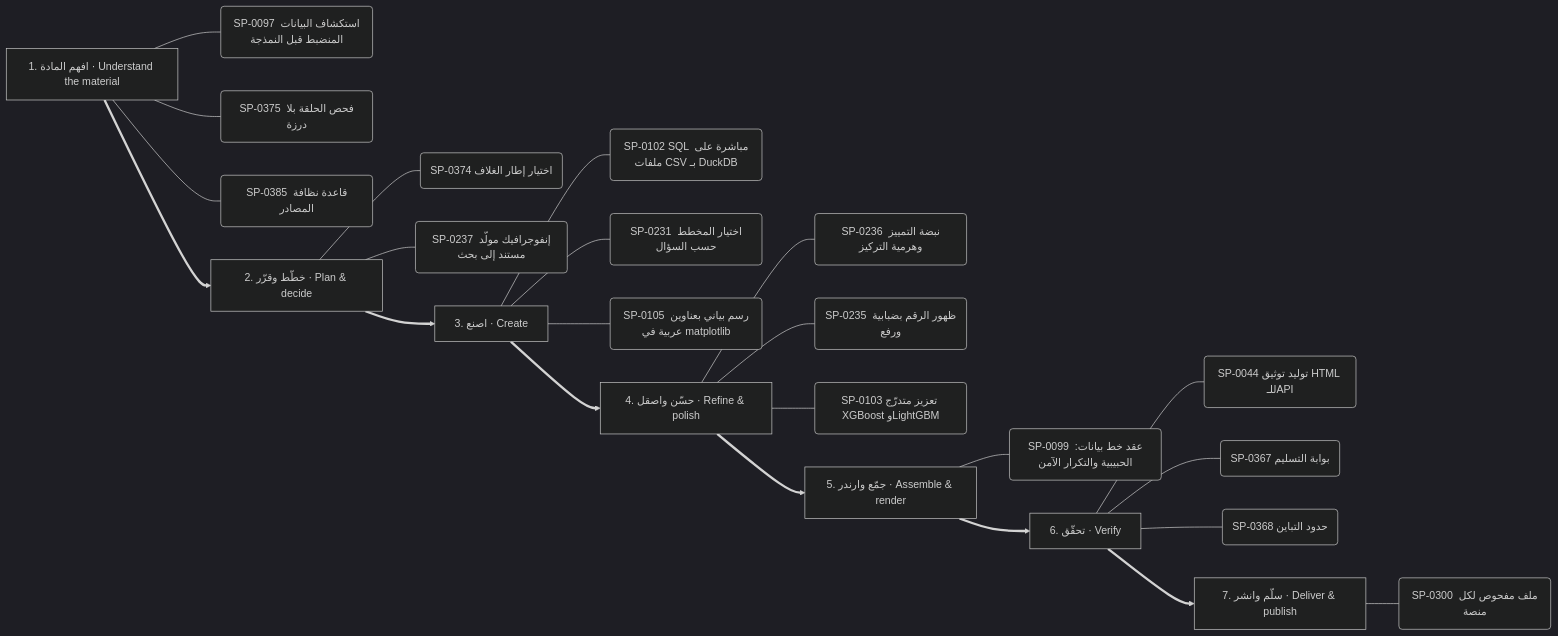
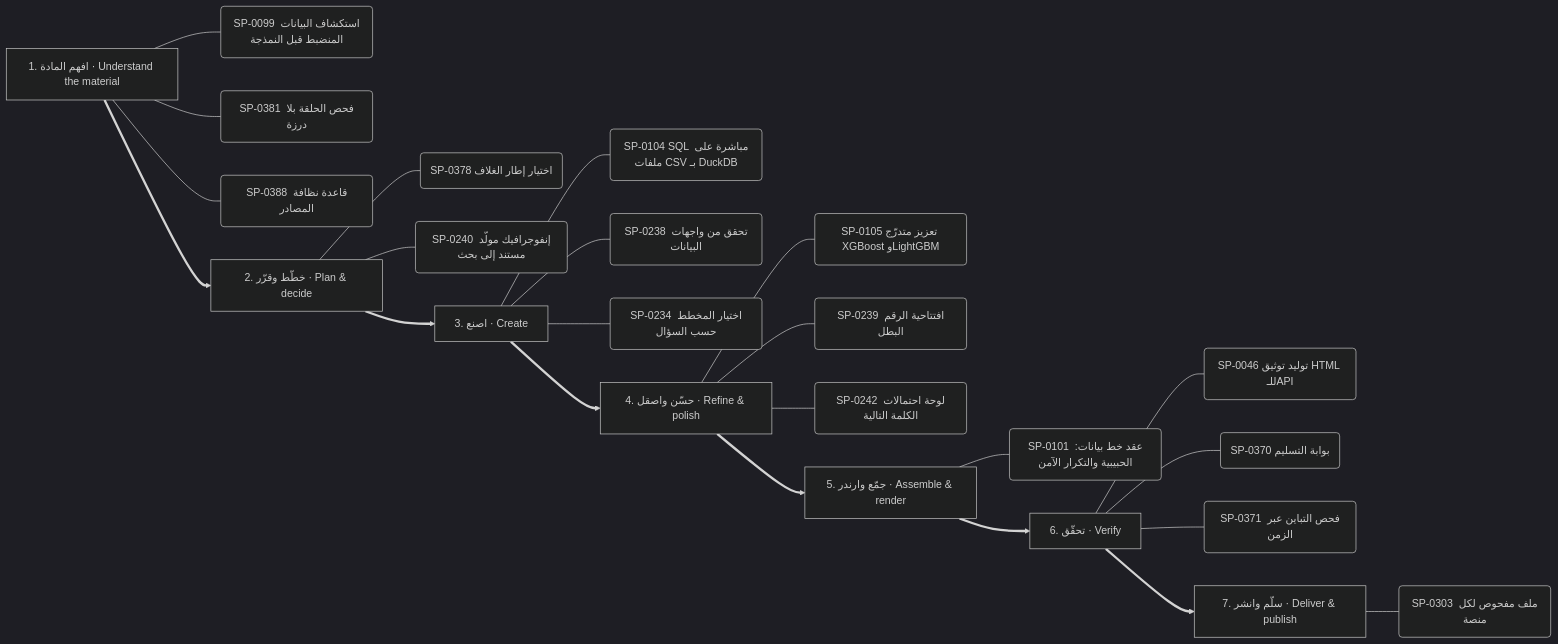
Diagram 12 of 13 in .claude/skills/kosif-superpowers/references/capability-mindmap.md (kosif199022-jpg/kosif-tool), drawn with Mermaid (dark theme) before and after one commit. The commit also changed other lines of this file and 153 other files, not shown here.

````diff
--- a/.claude/skills/kosif-superpowers/references/capability-mindmap.md
+++ b/.claude/skills/kosif-superpowers/references/capability-mindmap.md
@@ -603,32 +598,32 @@
 ```mermaid
 flowchart LR
   S0["1. افهم المادة · Understand the material"]
-  S0 --- S0_0("SP-0097 استكشاف البيانات المنضبط قبل النمذجة")
-  S0 --- S0_1("SP-0375 فحص الحلقة بلا درزة")
-  S0 --- S0_2("SP-0385 قاعدة نظافة المصادر")
+  S0 --- S0_0("SP-0099 استكشاف البيانات المنضبط قبل النمذجة")
+  S0 --- S0_1("SP-0381 فحص الحلقة بلا درزة")
+  S0 --- S0_2("SP-0388 قاعدة نظافة المصادر")
   S1["2. خطّط وقرّر · Plan & decide"]
-  S1 --- S1_0("SP-0374 اختيار إطار الغلاف")
-  S1 --- S1_1("SP-0237 إنفوجرافيك مولَّد مستند إلى بحث")
+  S1 --- S1_0("SP-0378 اختيار إطار الغلاف")
+  S1 --- S1_1("SP-0240 إنفوجرافيك مولَّد مستند إلى بحث")
   S0 ==> S1
   S2["3. اصنع · Create"]
-  S2 --- S2_0("SP-0102 SQL مباشرة على ملفات CSV بـ DuckDB")
-  S2 --- S2_1("SP-0231 اختيار المخطط حسب السؤال")
-  S2 --- S2_2("SP-0105 رسم بياني بعناوين عربية في matplotlib")
+  S2 --- S2_0("SP-0104 SQL مباشرة على ملفات CSV بـ DuckDB")
+  S2 --- S2_1("SP-0238 تحقق من واجهات البيانات")
+  S2 --- S2_2("SP-0234 اختيار المخطط حسب السؤال")
   S1 ==> S2
   S3["4. حسّن واصقل · Refine & polish"]
-  S3 --- S3_0("SP-0236 نبضة التمييز وهرمية التركيز")
-  S3 --- S3_1("SP-0235 ظهور الرقم بضبابية ورفع")
-  S3 --- S3_2("SP-0103 تعزيز متدرّج XGBoost وLightGBM")
+  S3 --- S3_0("SP-0105 تعزيز متدرّج XGBoost وLightGBM")
+  S3 --- S3_1("SP-0239 افتتاحية الرقم البطل")
+  S3 --- S3_2("SP-0242 لوحة احتمالات الكلمة التالية")
   S2 ==> S3
   S4["5. جمّع وارندر · Assemble & render"]
-  S4 --- S4_0("SP-0099 عقد خط بيانات: الحبيبية والتكرار الآمن")
+  S4 --- S4_0("SP-0101 عقد خط بيانات: الحبيبية والتكرار الآمن")
   S3 ==> S4
   S5["6. تحقّق · Verify"]
-  S5 --- S5_0("SP-0044 توليد توثيق HTML للـAPI")
-  S5 --- S5_1("SP-0367 بوابة التسليم")
-  S5 --- S5_2("SP-0368 حدود التباين")
+  S5 --- S5_0("SP-0046 توليد توثيق HTML للـAPI")
+  S5 --- S5_1("SP-0370 بوابة التسليم")
+  S5 --- S5_2("SP-0371 فحص التباين عبر الزمن")
   S4 ==> S5
   S6["7. سلّم وانشر · Deliver & publish"]
-  S6 --- S6_0("SP-0300 ملف مفحوص لكل منصة")
+  S6 --- S6_0("SP-0303 ملف مفحوص لكل منصة")
   S5 ==> S6
 ```
````
